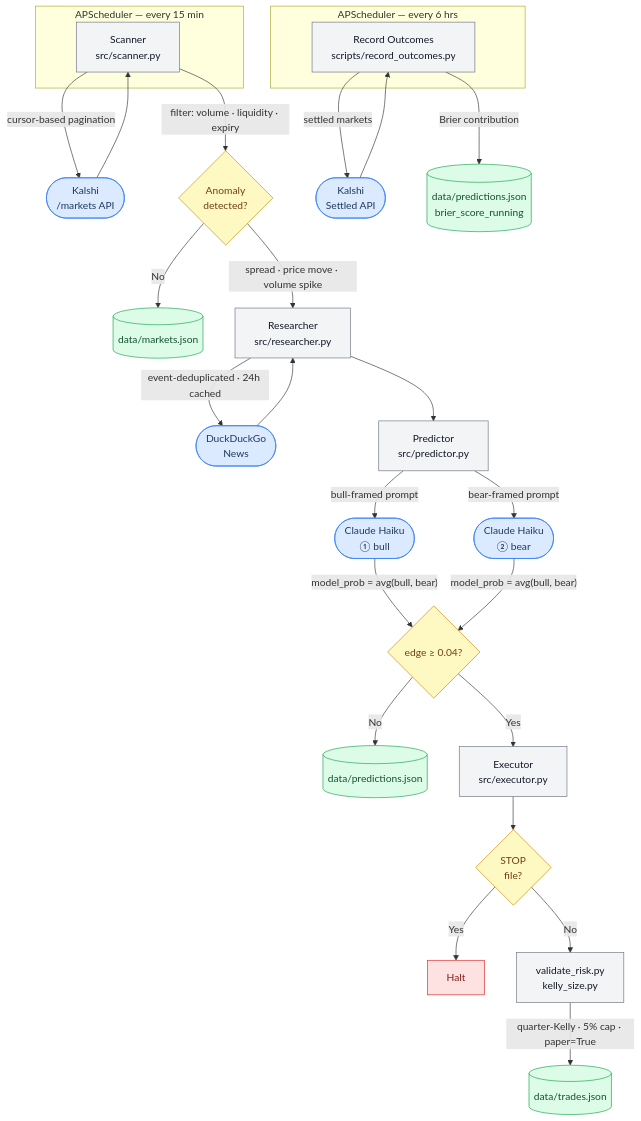
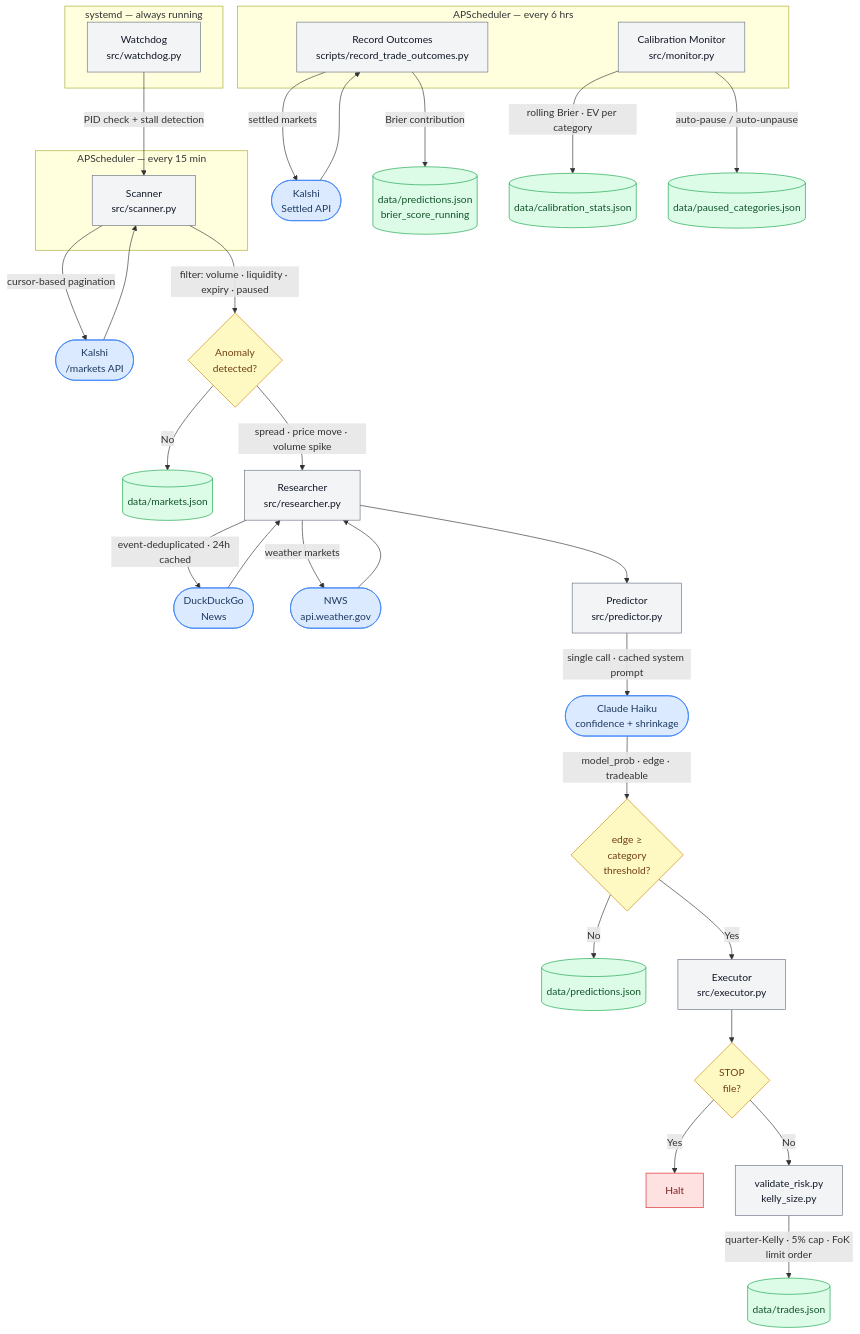
Before and after one commit to dkalo97/prediction_market_trading_bot-overview: the diagram in README.md, drawn with Mermaid. The commit also changed other lines of this file, not shown here.

````diff
--- a/README.md
+++ b/README.md
@@ -150,48 +201,57 @@
 ```mermaid
 flowchart TD
     subgraph sched15["APScheduler — every 15 min"]
         SCAN["Scanner\nsrc/scanner.py"]
     end
     subgraph sched6["APScheduler — every 6 hrs"]
-        OUT["Record Outcomes\nscripts/record_outcomes.py"]
+        OUT["Record Outcomes\nscripts/record_trade_outcomes.py"]
+        CAL["Calibration Monitor\nsrc/monitor.py"]
+    end
+    subgraph watchdog["systemd — always running"]
+        WD["Watchdog\nsrc/watchdog.py"]
     end
 
     SCAN -->|cursor-based pagination| KAPI(["Kalshi\n/markets API"])
     KAPI --> SCAN
-    SCAN -->|filter: volume · liquidity · expiry| ANOM{"Anomaly\ndetected?"}
+    SCAN -->|filter: volume · liquidity · expiry · paused| ANOM{"Anomaly\ndetected?"}
 
     ANOM -->|No| MJ[("data/markets.json")]
     ANOM -->|"spread · price move · volume spike"| RES["Researcher\nsrc/researcher.py"]
 
     RES -->|event-deduplicated · 24h cached| DDG(["DuckDuckGo\nNews"])
-    DDG --> RES
+    RES -->|weather markets| NWS(["NWS\napi.weather.gov"])
+    DDG & NWS --> RES
     RES --> PRED["Predictor\nsrc/predictor.py"]
 
-    PRED -->|bull-framed prompt| H1(["Claude Haiku\n① bull"])
-    PRED -->|bear-framed prompt| H2(["Claude Haiku\n② bear"])
-    H1 & H2 -->|"model_prob = avg(bull, bear)"| EDGE{"edge ≥ 0.04?"}
+    PRED -->|"single call · cached system prompt"| H1(["Claude Haiku\nconfidence + shrinkage"])
+    H1 -->|"model_prob · edge · tradeable"| EDGE{"edge ≥\ncategory\nthreshold?"}
 
     EDGE -->|No| PJ[("data/predictions.json")]
     EDGE -->|Yes| EX["Executor\nsrc/executor.py"]
 
     EX --> STOP{"STOP\nfile?"}
     STOP -->|Yes| HALT["Halt"]
     STOP -->|No| RISK["validate_risk.py\nkelly_size.py"]
-    RISK -->|"quarter-Kelly · 5% cap · paper=True"| TJ[("data/trades.json")]
+    RISK -->|"quarter-Kelly · 5% cap · FoK limit order"| TJ[("data/trades.json")]
 
     OUT -->|settled markets| KAPI2(["Kalshi\nSettled API"])
     KAPI2 --> OUT
     OUT -->|Brier contribution| PJ2[("data/predictions.json\nbrier_score_running")]
+
+    CAL -->|rolling Brier · EV per category| CS[("data/calibration_stats.json")]
+    CAL -->|auto-pause / auto-unpause| PC[("data/paused_categories.json")]
+
+    WD -->|PID check + stall detection| SCAN
 
     classDef api fill:#dbeafe,stroke:#3b82f6,color:#1e3a5f
     classDef store fill:#dcfce7,stroke:#16a34a,color:#14532d
     classDef stage fill:#f3f4f6,stroke:#6b7280,color:#111827
     classDef decision fill:#fef9c3,stroke:#ca8a04,color:#713f12
     classDef halt fill:#fee2e2,stroke:#dc2626,color:#7f1d1d
 
-    class KAPI,KAPI2,DDG,H1,H2 api
-    class MJ,PJ,PJ2,TJ store
-    class SCAN,RES,PRED,EX,OUT,RISK stage
+    class KAPI,KAPI2,DDG,NWS,H1 api
+    class MJ,PJ,PJ2,TJ,CS,PC store
+    class SCAN,RES,PRED,EX,OUT,CAL,RISK,WD stage
     class ANOM,EDGE,STOP decision
     class HALT halt
 ```
````
